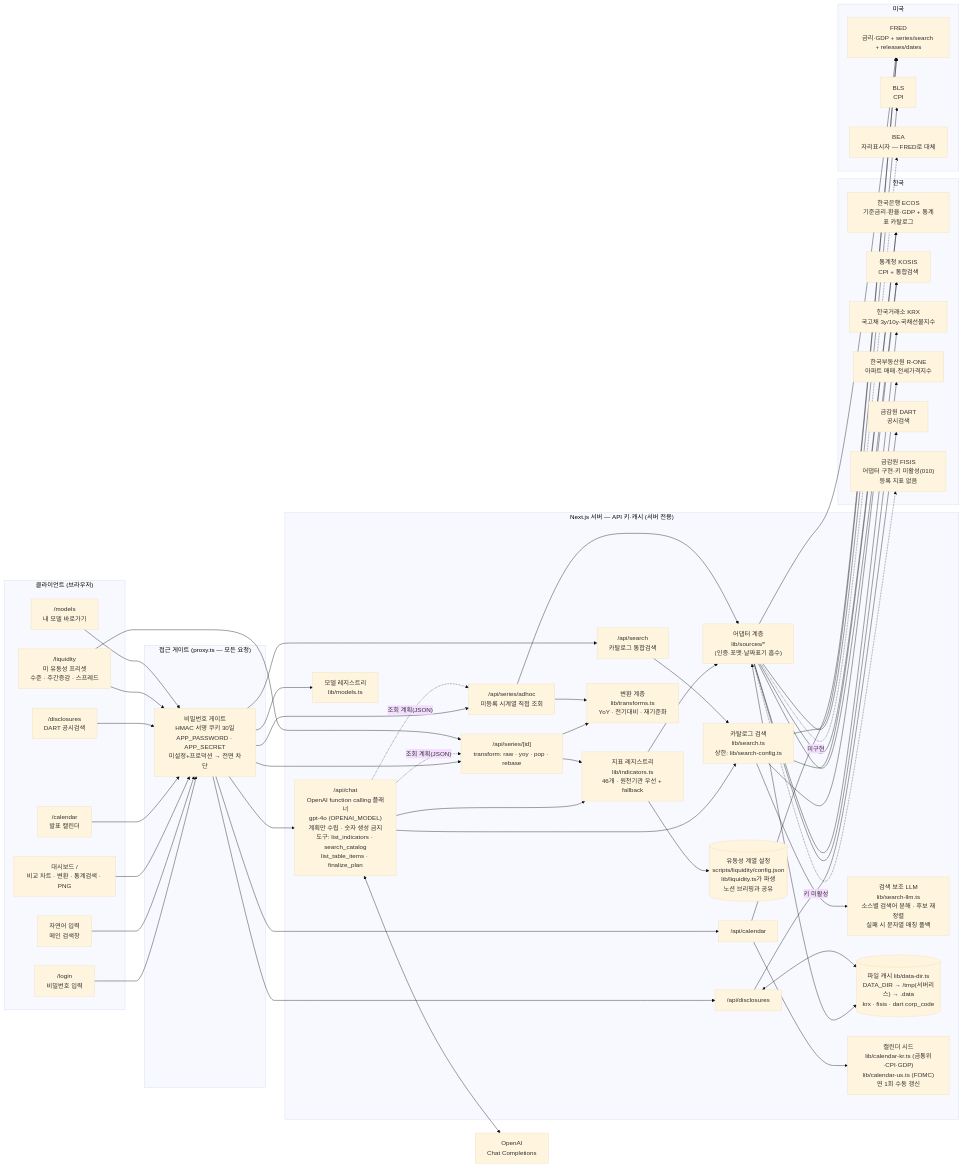
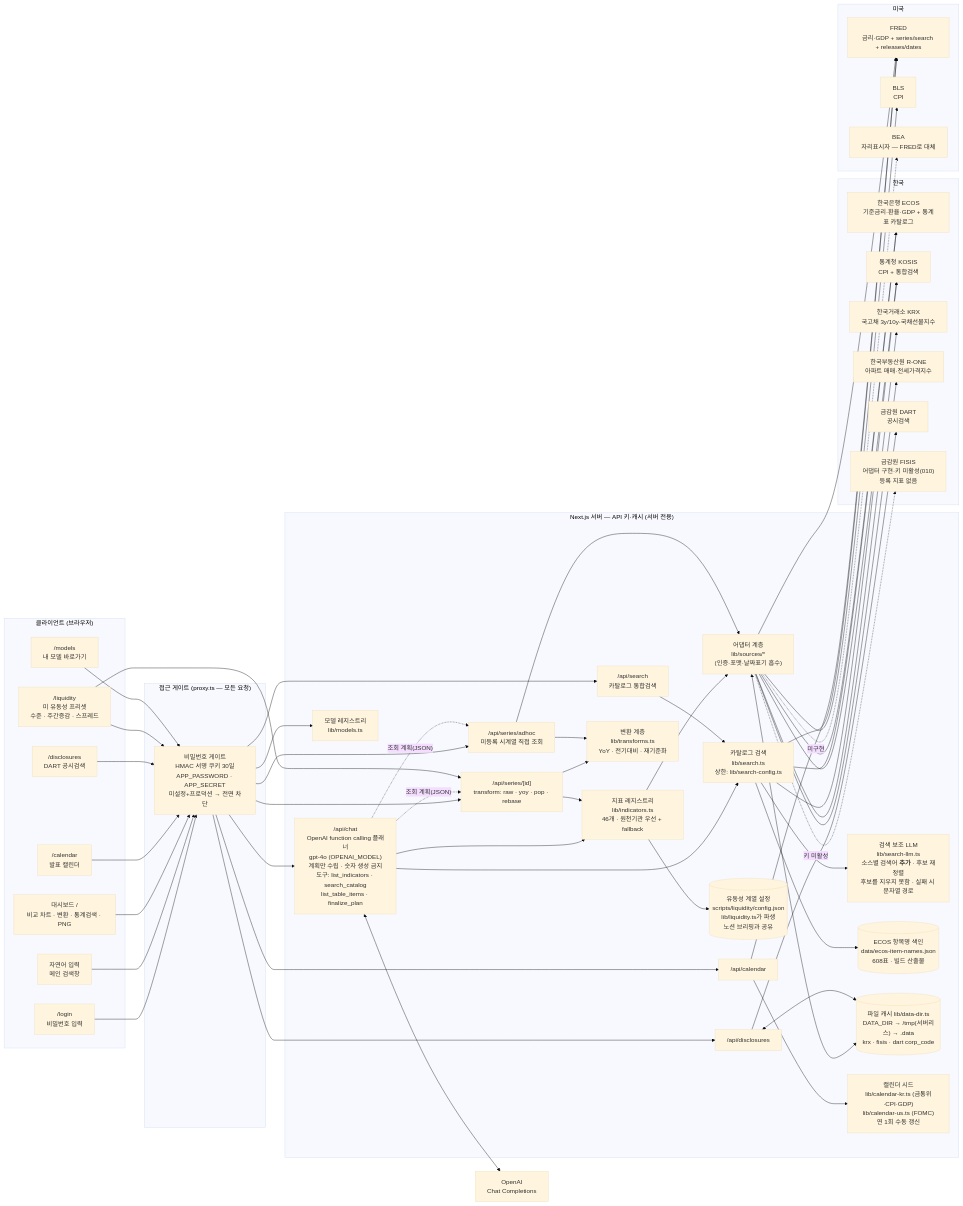
The diagram in docs/ARCHITECTURE.md (zzeonso1-ssonim/report-studio), drawn with Mermaid (base theme) before and after one commit. The commit also changed other lines of this file and 16 other files, not shown here.

```diff
--- a/docs/ARCHITECTURE.md
+++ b/docs/ARCHITECTURE.md
@@ -29,7 +29,8 @@
     LIQCFG[("유동성 계열 설정<br/>scripts/liquidity/config.json<br/>lib/liquidity.ts가 파생<br/>노션 브리핑과 공유")]
     TR["변환 계층<br/>lib/transforms.ts<br/>YoY · 전기대비 · 재기준화"]
     SRCHLIB["카탈로그 검색<br/>lib/search.ts<br/>상한: lib/search-config.ts"]
-    SRCHLLM["검색 보조 LLM<br/>lib/search-llm.ts<br/>소스별 검색어 분해 · 후보 재정렬<br/>실패 시 문자열 매칭 폴백"]
+    SRCHLLM["검색 보조 LLM<br/>lib/search-llm.ts<br/>소스별 검색어 <b>추가</b> · 후보 재정렬<br/>후보를 지우지 못함 · 실패 시 문자열 경로"]
+    ITEMIDX[("ECOS 항목명 색인<br/>data/ecos-item-names.json<br/>608표 · 빌드 산출물")]
     AD["어댑터 계층<br/>lib/sources/*<br/>(인증·포맷·날짜표기 흡수)"]
     CACHE[("파일 캐시 lib/data-dir.ts<br/>DATA_DIR → /tmp(서버리스) → .data<br/>krx · fisis · dart corp_code")]
     SEED["캘린더 시드<br/>lib/calendar-kr.ts (금통위·CPI·GDP)<br/>lib/calendar-us.ts (FOMC)<br/>연 1회 수동 갱신"]
@@ -84,6 +85,7 @@
   REG --> AD
   ADHOC --> AD
   SRCHLIB --> SRCHLLM
+  SRCHLIB --> ITEMIDX
   SRCHLIB --> ECOS
   SRCHLIB --> KOSIS
   SRCHLIB --> FRED
```
